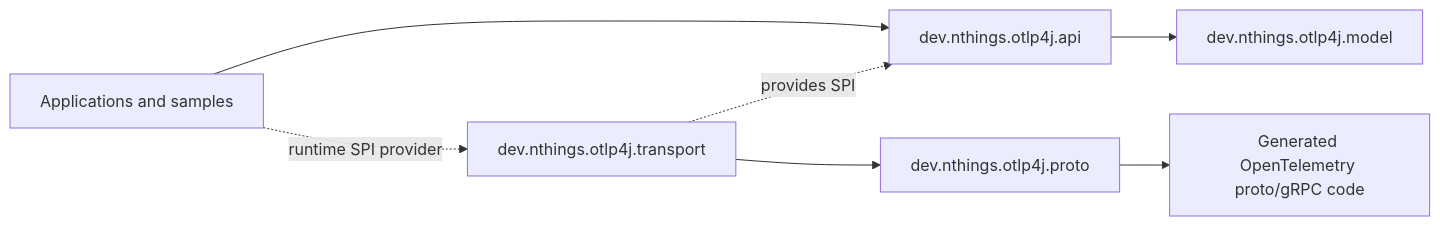
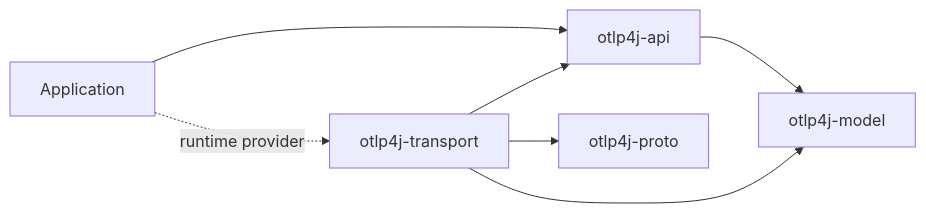
One commit to thiagogcm/otlp4j changed the first of 2 diagrams in docs/architecture.md. Above: the diagram before and after it, drawn with Mermaid. The commit also changed other lines of this file and 4 other files, not shown here.

````diff
--- a/docs/architecture.md
+++ b/docs/architecture.md
@@ -9,9 +9,9 @@
 ```mermaid
 flowchart LR
-    app["Applications and samples"] --> api["dev.nthings.otlp4j.api"]
-    api --> model["dev.nthings.otlp4j.model"]
-    app -. runtime SPI provider .-> transport["dev.nthings.otlp4j.transport"]
-    transport -. provides SPI .-> api
-    transport --> proto["dev.nthings.otlp4j.proto"]
-    proto --> generated["Generated OpenTelemetry proto/gRPC code"]
+    application[Application] --> api[otlp4j-api]
+    api --> model[otlp4j-model]
+    application -. runtime provider .-> transport[otlp4j-transport]
+    transport --> api
+    transport --> model
+    transport --> proto[otlp4j-proto]
 ```
````
